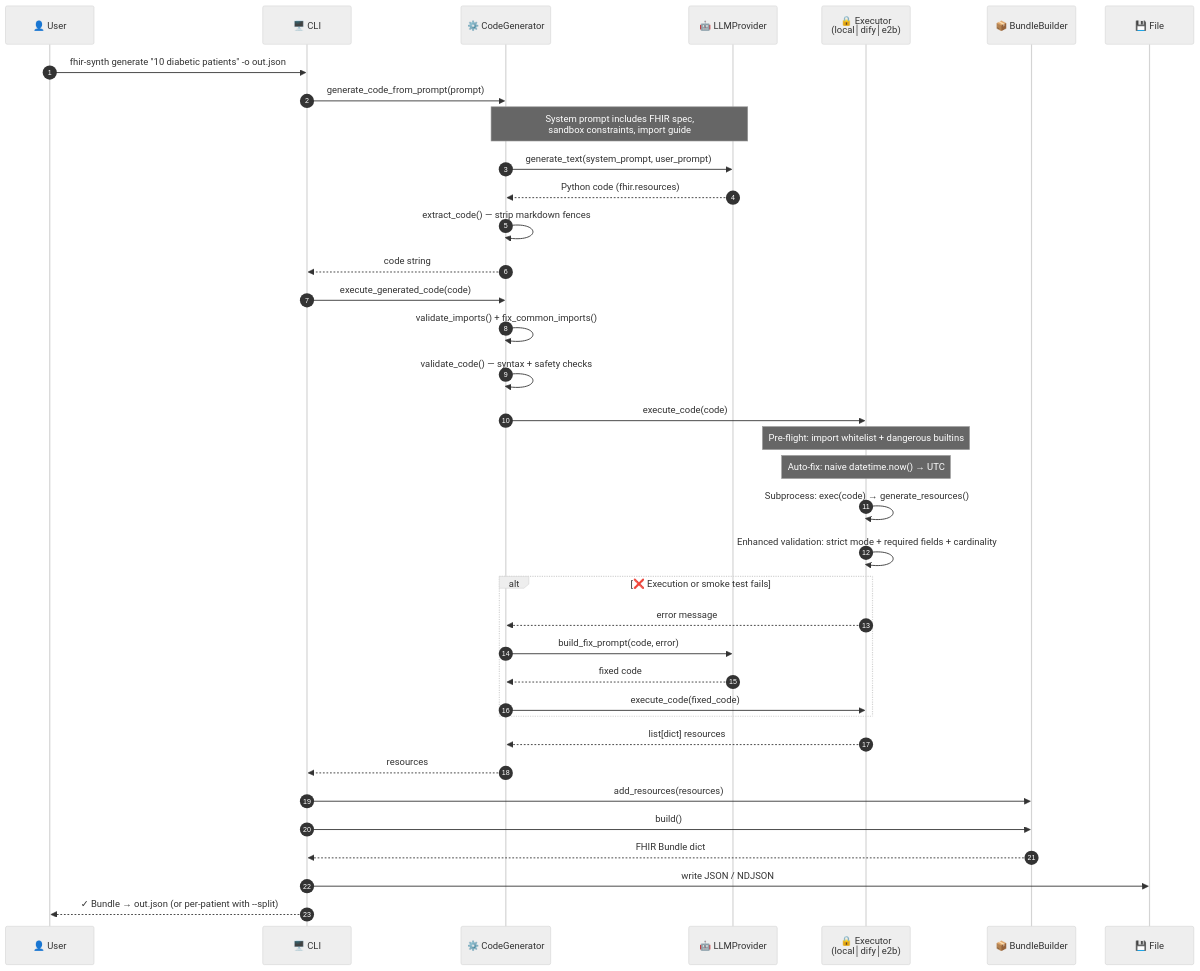
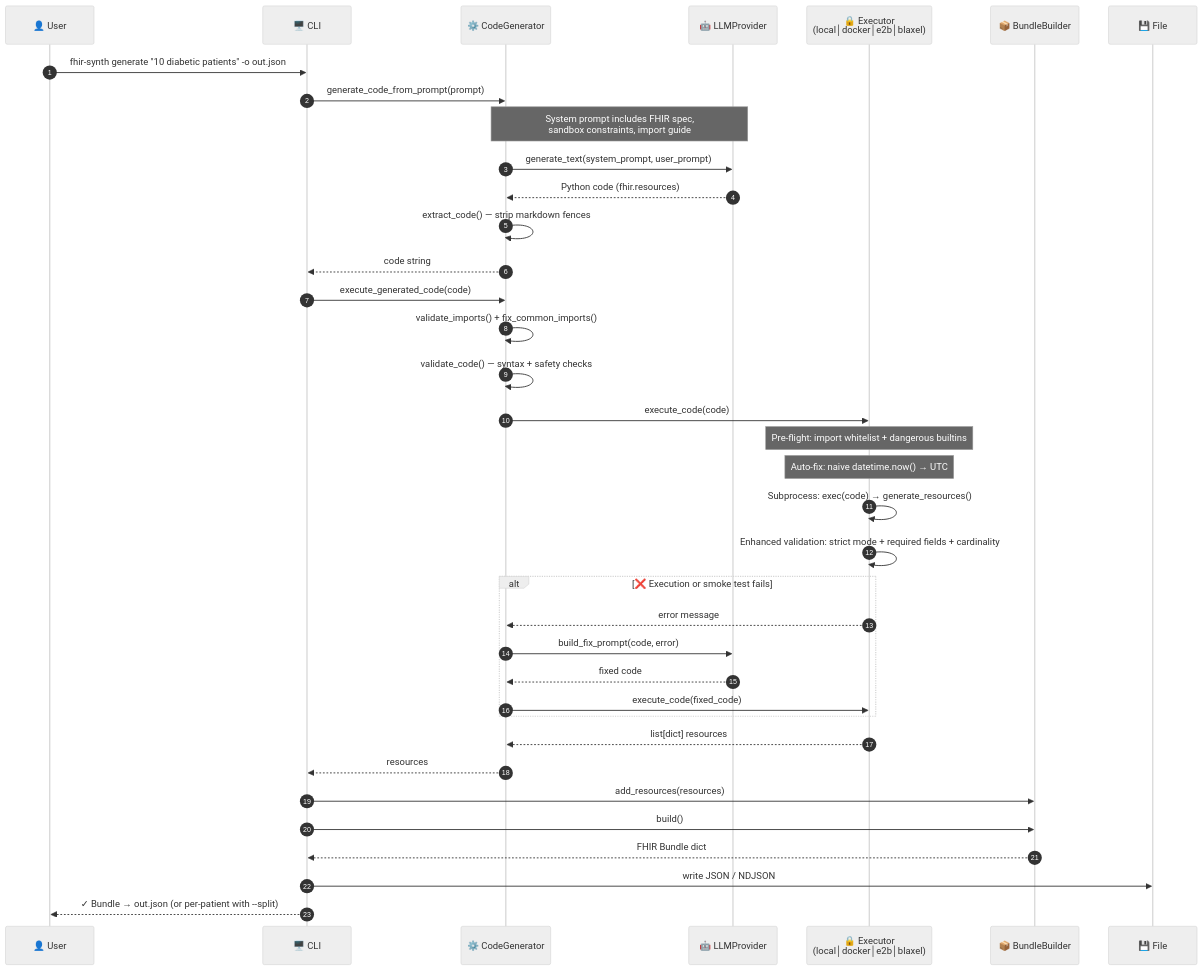
The second of 3 diagrams in docs/architecture.md (alvinhenrick/fhir-synth), drawn with Mermaid (neutral theme) before and after one commit. The commit also changed other lines of this file and 18 other files, not shown here.

````diff
--- a/docs/architecture.md
+++ b/docs/architecture.md
@@ -74,47 +76,47 @@
 ```mermaid
 sequenceDiagram
     autonumber
     participant U as 👤 User
     participant CLI as 🖥️ CLI
     participant CG as ⚙️ CodeGenerator
     participant LLM as 🤖 LLMProvider
-    participant EX as 🔒 Executor<br/>(local│dify│e2b)
+    participant EX as 🔒 Executor<br/>(local│docker│e2b│blaxel)
     participant BB as 📦 BundleBuilder
     participant F as 💾 File
 
     U->>CLI: fhir-synth generate "10 diabetic patients" -o out.json
     CLI->>CG: generate_code_from_prompt(prompt)
 
     Note over CG,LLM: System prompt includes FHIR spec,<br/>sandbox constraints, import guide
     CG->>LLM: generate_text(system_prompt, user_prompt)
     LLM-->>CG: Python code (fhir.resources)
     CG->>CG: extract_code() — strip markdown fences
     CG-->>CLI: code string
 
     CLI->>CG: execute_generated_code(code)
     CG->>CG: validate_imports() + fix_common_imports()
     CG->>CG: validate_code() — syntax + safety checks
 
     CG->>EX: execute_code(code)
     Note over EX: Pre-flight: import whitelist + dangerous builtins
     Note over EX: Auto-fix: naive datetime.now() → UTC
     EX->>EX: Subprocess: exec(code) → generate_resources()
     EX->>EX: Enhanced validation: strict mode + required fields + cardinality
 
     alt ❌ Execution or smoke test fails
         EX-->>CG: error message
         CG->>LLM: build_fix_prompt(code, error)
         LLM-->>CG: fixed code
         CG->>EX: execute_code(fixed_code)
     end
 
     EX-->>CG: list[dict] resources
     CG-->>CLI: resources
 
     CLI->>BB: add_resources(resources)
     CLI->>BB: build()
     BB-->>CLI: FHIR Bundle dict
 
     CLI->>F: write JSON / NDJSON
     CLI-->>U: ✓ Bundle → out.json (or per-patient with --split)
 ```
````
